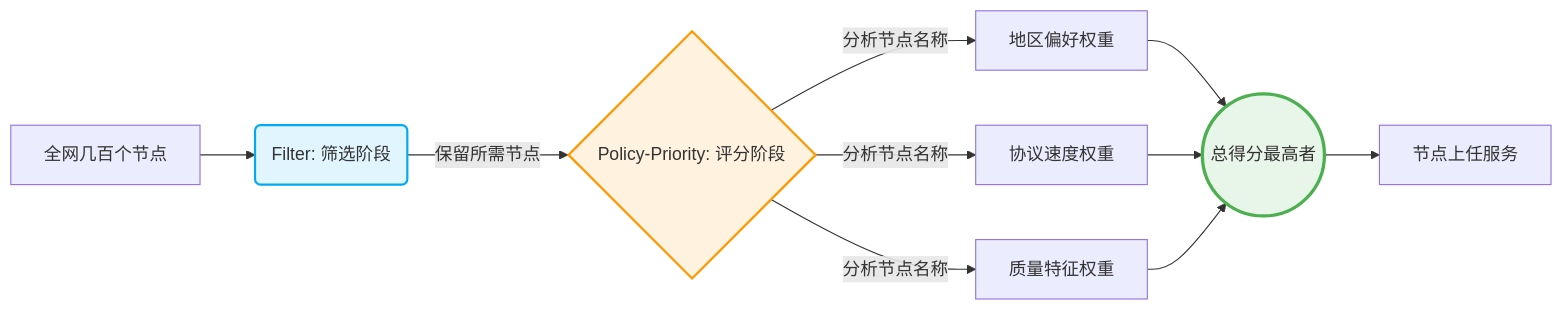
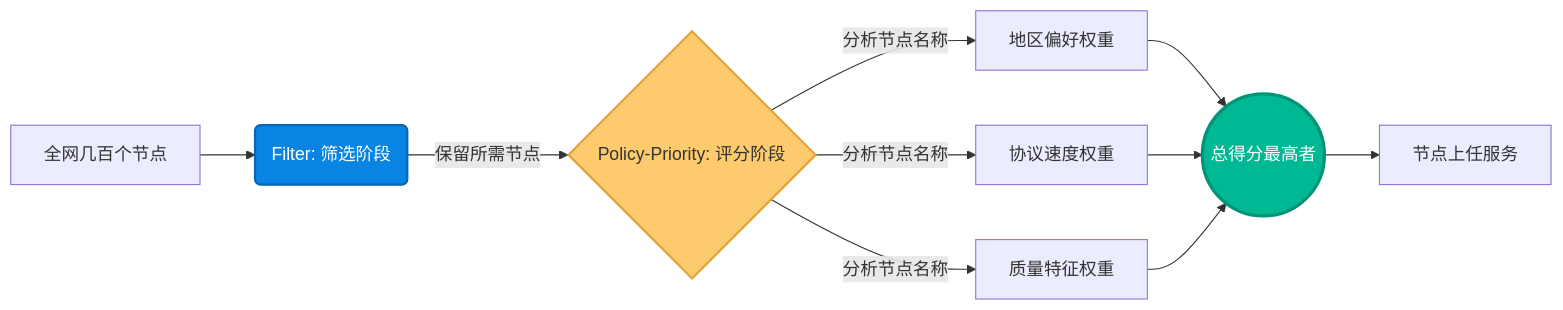
One commit to currycan/sb-xray changed the third of 5 diagrams in docs/03-routing-and-clients.md. Above: the diagram before and after it, drawn with Mermaid. The commit also changed other lines of this file and 5 other files, not shown here.

````diff
--- a/docs/03-routing-and-clients.md
+++ b/docs/03-routing-and-clients.md
@@ -222,14 +222,14 @@
 ```mermaid
-graph LR
+flowchart LR
     A["全网几百个节点"] --> B("Filter: 筛选阶段")
     B -->|"保留所需节点"| C{"Policy-Priority: 评分阶段"}
     C -->|"分析节点名称"| D["地区偏好权重"]
     C -->|"分析节点名称"| E["协议速度权重"]
     C -->|"分析节点名称"| F["质量特征权重"]
     D & E & F --> G(("总得分最高者"))
     G --> H["节点上任服务"]
 
-    style B fill:#e1f5fe,stroke:#03a9f4,stroke-width:2px
-    style C fill:#fff3e0,stroke:#ff9800,stroke-width:2px
-    style G fill:#e8f5e9,stroke:#4caf50,stroke-width:3px
+    style B fill:#0984e3,stroke:#0566b3,stroke-width:2px,color:#fff
+    style C fill:#fdcb6e,stroke:#e0a33e,stroke-width:2px,color:#333
+    style G fill:#00b894,stroke:#009577,stroke-width:3px,color:#fff
 ```
````
